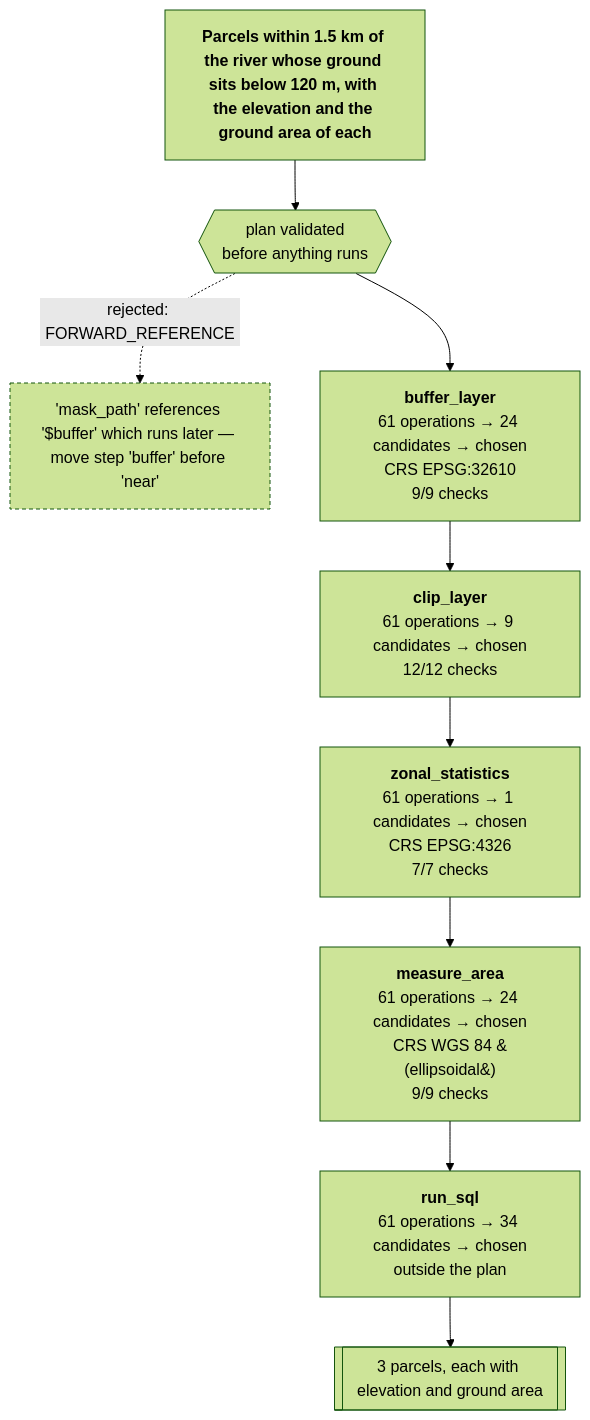
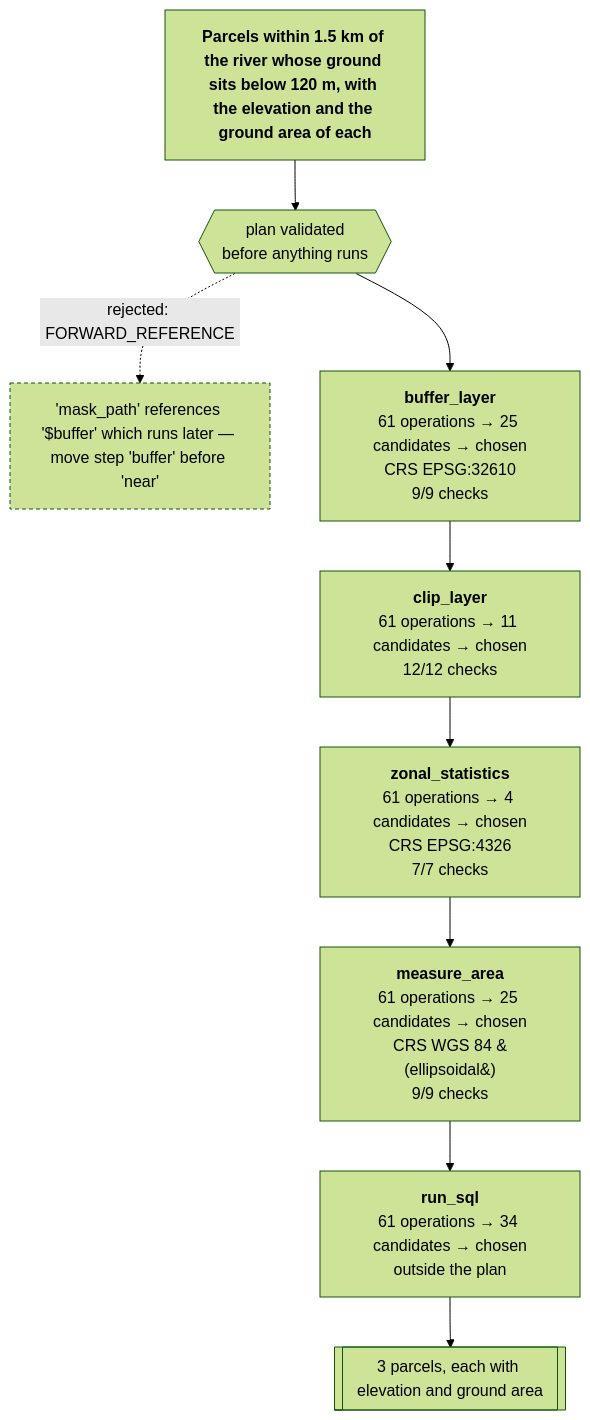
The diagram in README.md (mapsmith-ai/MapSmith), drawn with Mermaid (forest theme) before and after one commit. The commit also changed other lines of this file and 14 other files, not shown here.

````diff
--- a/README.md
+++ b/README.md
@@ -431,20 +434,20 @@
 ```mermaid
 flowchart TB
   ASK["<b>Parcels within 1.5 km of the river whose ground sits below 120 m, with the elevation and the ground area of each</b>"]
   ASK --> PLAN{{"plan validated<br/>before anything runs"}}
   PLAN -. "rejected: FORWARD_REFERENCE" .-> BAD["'mask_path' references '$buffer' which runs later — move step 'buffer' before 'near'"]
   BAD:::bad
-  BUFFER["<b>buffer_layer</b><br/>61 operations &rarr; 24 candidates &rarr; chosen<br/>CRS EPSG:32610<br/>9/9 checks"]
+  BUFFER["<b>buffer_layer</b><br/>61 operations &rarr; 25 candidates &rarr; chosen<br/>CRS EPSG:32610<br/>9/9 checks"]
   PLAN --> BUFFER
-  NEAR["<b>clip_layer</b><br/>61 operations &rarr; 9 candidates &rarr; chosen<br/>12/12 checks"]
+  NEAR["<b>clip_layer</b><br/>61 operations &rarr; 11 candidates &rarr; chosen<br/>12/12 checks"]
   BUFFER --> NEAR
-  HEIGHT["<b>zonal_statistics</b><br/>61 operations &rarr; 1 candidates &rarr; chosen<br/>CRS EPSG:4326<br/>7/7 checks"]
+  HEIGHT["<b>zonal_statistics</b><br/>61 operations &rarr; 4 candidates &rarr; chosen<br/>CRS EPSG:4326<br/>7/7 checks"]
   NEAR --> HEIGHT
-  AREA["<b>measure_area</b><br/>61 operations &rarr; 24 candidates &rarr; chosen<br/>CRS WGS 84 &#40;ellipsoidal&#41;<br/>9/9 checks"]
+  AREA["<b>measure_area</b><br/>61 operations &rarr; 25 candidates &rarr; chosen<br/>CRS WGS 84 &#40;ellipsoidal&#41;<br/>9/9 checks"]
   HEIGHT --> AREA
   FILTER["<b>run_sql</b><br/>61 operations &rarr; 34 candidates &rarr; chosen<br/>outside the plan"]
   AREA --> FILTER
   OUT[["3 parcels, each with elevation and ground area"]]
   FILTER --> OUT
   classDef bad stroke-dasharray: 4 3
 ```
````
